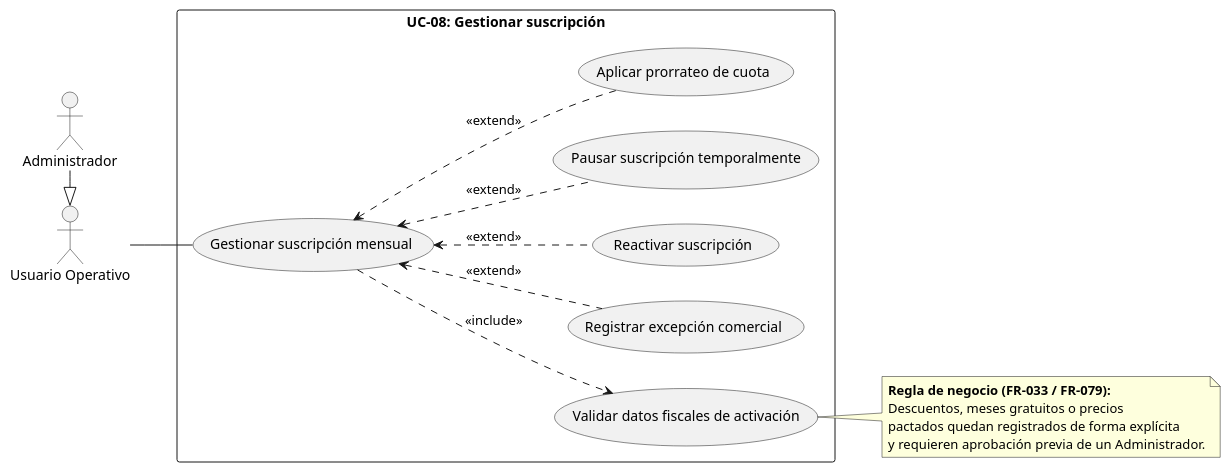
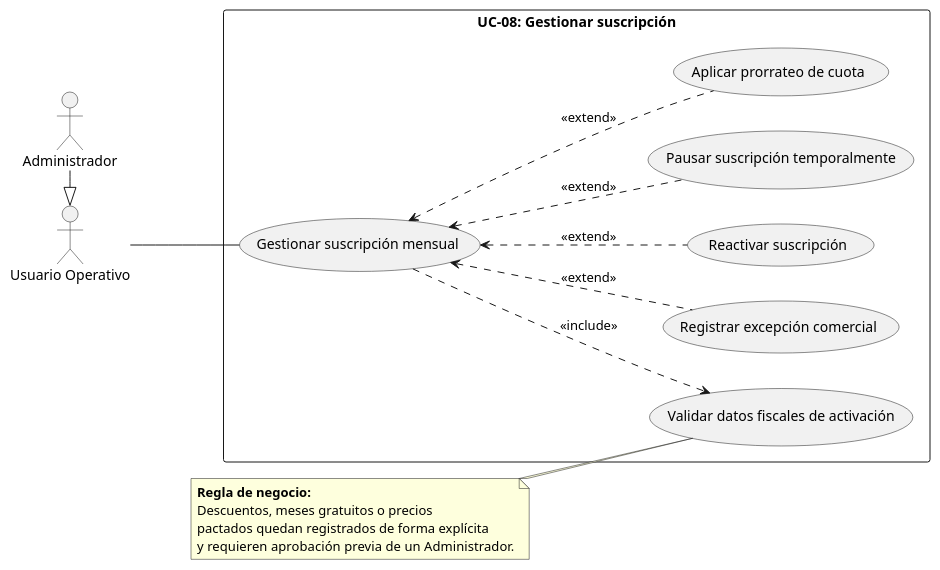
The diagram in doc/src/casos-uso/uc-08-gestionar-suscripcion.pu (pablorv3/Hienitas-ADAP), drawn with PlantUML before and after one commit. The commit also changed 28 other files, not shown here.

Commit message:
uml diagram fixes

```diff
--- a/doc/src/casos-uso/uc-08-gestionar-suscripcion.pu
+++ b/doc/src/casos-uso/uc-08-gestionar-suscripcion.pu
@@ -1,40 +1,40 @@
 @startuml uc-08
     left to right direction
     skinparam packageStyle rectangle
 
     actor "Usuario Operativo" as UO
     actor "Administrador" as Admin
 
     ' Herencia de actores
     Admin -|> UO
 
     rectangle "UC-08: Gestionar suscripción" {
         usecase "Gestionar suscripción mensual" as UC_Suscripcion
         usecase "Validar datos fiscales de activación" as UC_ValidarDatos
         usecase "Registrar excepción comercial" as UC_Excepcion
         usecase "Reactivar suscripción" as UC_Reactivar
         usecase "Pausar suscripción temporalmente" as UC_Pausar
         usecase "Aplicar prorrateo de cuota" as UC_Prorrateo
 
         ' Inclusión obligatoria
         UC_Suscripcion ..> UC_ValidarDatos : <<include>>
 
         ' Extensiones condicionales
         UC_Suscripcion <.. UC_Prorrateo : <<extend>>
         UC_Suscripcion <.. UC_Pausar : <<extend>>
         UC_Suscripcion <.. UC_Reactivar : <<extend>>
         UC_Suscripcion <.. UC_Excepcion : <<extend>>
     }
 
-    ' Nota situada abajo a la derecha, junto al caso correspondiente
-    note right of UC_ValidarDatos
-    <b>Regla de negocio (FR-033 / FR-079):</b>
+    ' Nota situada abajo a la izquierda, junto al caso correspondiente
+    note left of UC_ValidarDatos
+    <b>Regla de negocio:</b>
     Descuentos, meses gratuitos o precios
     pactados quedan registrados de forma explícita
     y requieren aprobación previa de un Administrador.
     end note
 
     ' Asociaciones simples
     UO -- UC_Suscripcion
 
 @enduml
```
